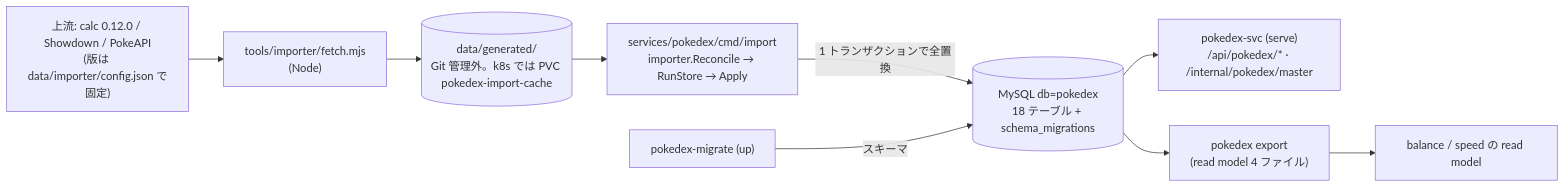
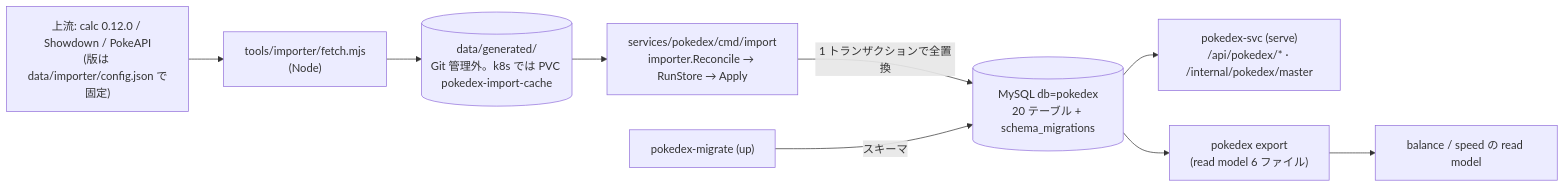
One commit to yxicun89/MyDamageCalcurater changed the first of 2 diagrams in docs/impl/db-mysql.md. Above: the diagram before and after it, drawn with Mermaid. The commit also changed other lines of this file and 7 other files, not shown here.

````diff
--- a/docs/impl/db-mysql.md
+++ b/docs/impl/db-mysql.md
@@ -8,14 +8,14 @@
 ```mermaid
 flowchart LR
   UP["上流: calc 0.12.0 / Showdown / PokeAPI<br/>(版は data/importer/config.json で固定)"]
   FE["tools/importer/fetch.mjs<br/>(Node)"]
   GEN[("data/generated/<br/>Git 管理外。k8s では PVC pokedex-import-cache")]
   IMP["services/pokedex/cmd/import<br/>importer.Reconcile → RunStore → Apply"]
-  DB[("MySQL db=pokedex<br/>18 テーブル + schema_migrations")]
+  DB[("MySQL db=pokedex<br/>20 テーブル + schema_migrations")]
   SVC["pokedex-svc (serve)<br/>/api/pokedex/* · /internal/pokedex/master"]
-  EXP["pokedex export<br/>(read model 4 ファイル)"]
+  EXP["pokedex export<br/>(read model 6 ファイル)"]
   UP --> FE --> GEN --> IMP -->|"1 トランザクションで全置換"| DB
   MIG["pokedex-migrate (up)"] -->|"スキーマ"| DB
   DB --> SVC
   DB --> EXP --> RM["balance / speed の read model"]
 ```
````
